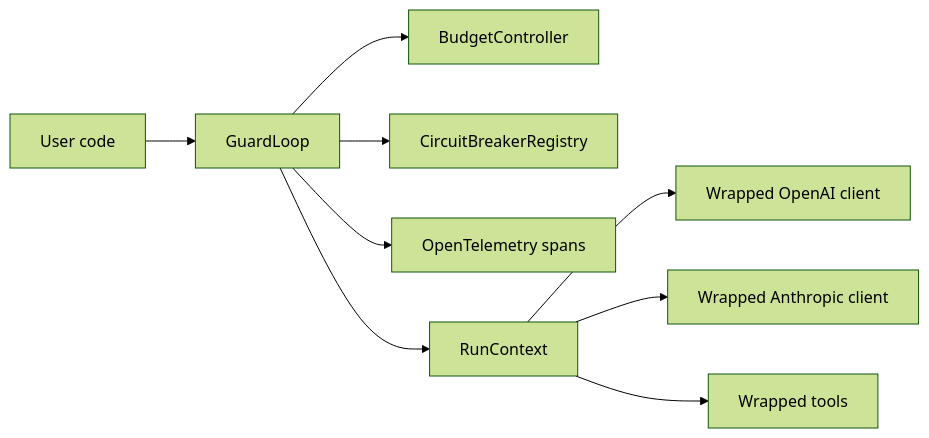
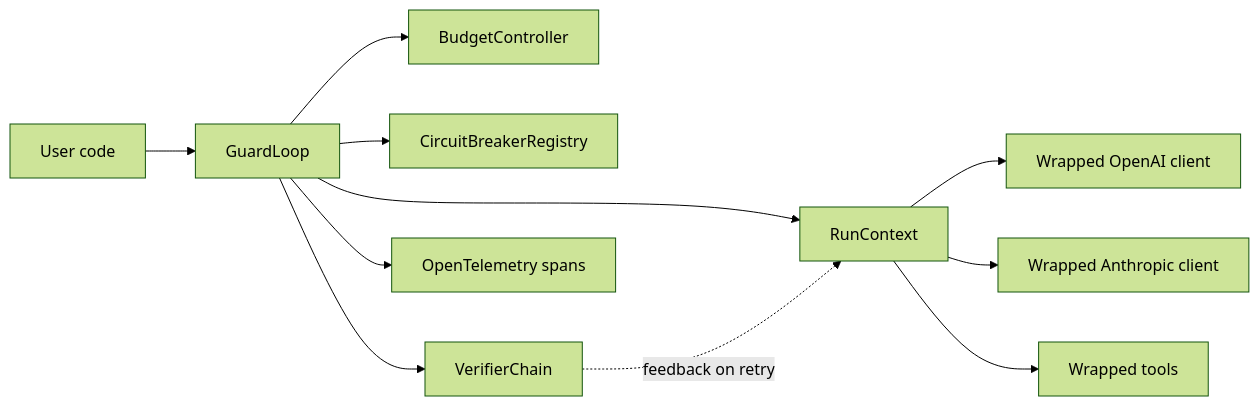
The diagram in README.md (awesome-pro/guardloop), drawn with Mermaid (forest theme) before and after one commit. The commit also changed other lines of this file and 15 other files, not shown here.

````diff
--- a/README.md
+++ b/README.md
@@ -56,11 +66,13 @@
 ```mermaid
 flowchart LR
     U["User code"] --> R["GuardLoop"]
     R --> B["BudgetController"]
     R --> CB["CircuitBreakerRegistry"]
+    R --> V["VerifierChain"]
     R --> T["OpenTelemetry spans"]
     R --> C["RunContext"]
     C --> O["Wrapped OpenAI client"]
     C --> A["Wrapped Anthropic client"]
     C --> W["Wrapped tools"]
+    V -. "feedback on retry" .-> C
 ```
````
